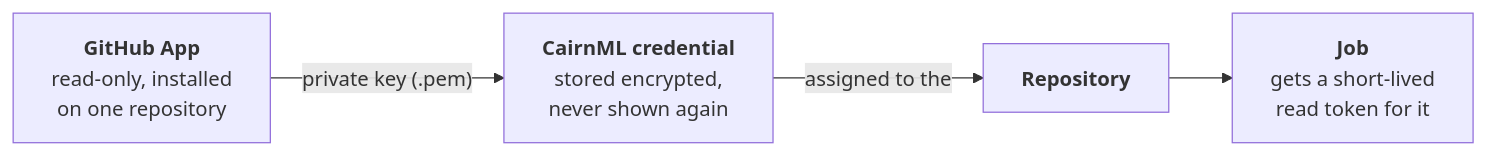
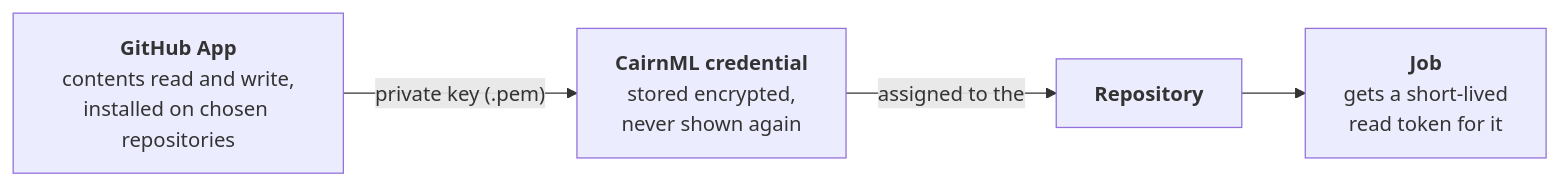
One commit to gianlucapargaetzi/cairnml-examples changed the diagram in examples/03-private-code-and-credentials/README.md. Above: the diagram before and after it, drawn with Mermaid. The commit also changed other lines of this file and 15 other files, not shown here.

Commit message:
Examples: the GitHub App needs contents and workflows write for a dataset push; per-example PASS/FAIL checks

````diff
--- a/examples/03-private-code-and-credentials/README.md
+++ b/examples/03-private-code-and-credentials/README.md
@@ -19,10 +19,10 @@
 ```mermaid
 flowchart LR
-    app["<b>GitHub App</b><br/>read-only, installed<br/>on one repository"]
+    app["<b>GitHub App</b><br/>contents read and write,<br/>installed on chosen repositories"]
     cred["<b>CairnML credential</b><br/>stored encrypted,<br/>never shown again"]
     repo["<b>Repository</b>"]
     job["<b>Job</b><br/>gets a short-lived<br/>read token for it"]
     app -->|"private key (.pem)"| cred
     cred -->|"assigned to the"| repo
     repo --> job
 ```
````
